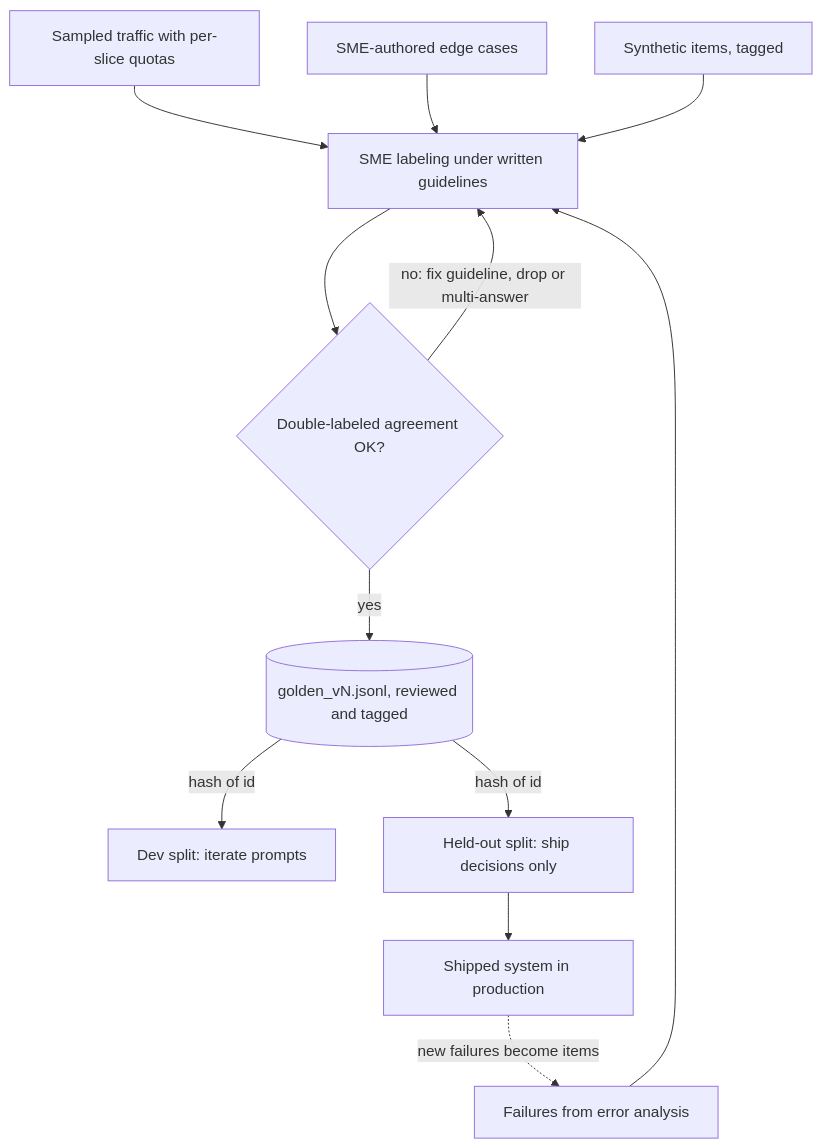
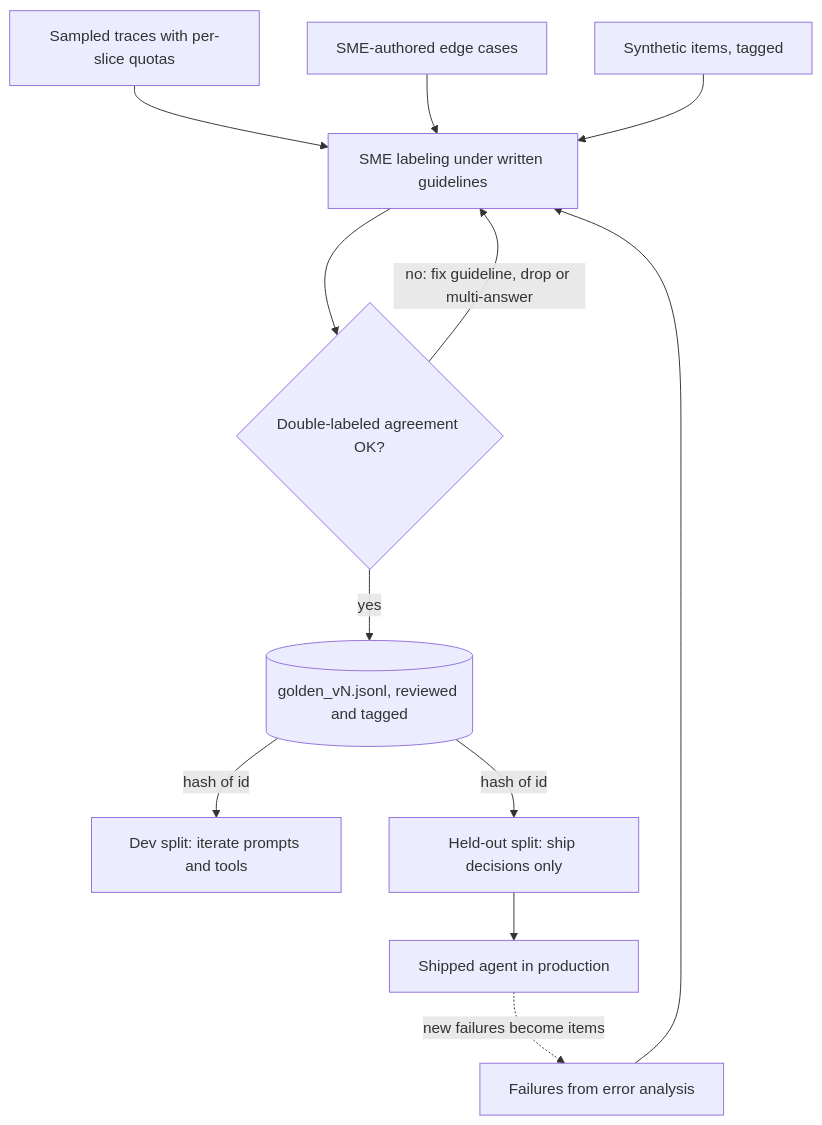
Before and after one commit to lovishmahajan97/agentic-learning: the diagram in content/evals/golden-dataset.md, drawn with Mermaid. The commit also changed other lines of this file and 266 other files, not shown here.

````diff
--- a/content/evals/golden-dataset.md
+++ b/content/evals/golden-dataset.md
@@ -130,14 +150,14 @@
 ```mermaid
 flowchart TD
-    L["Sampled traffic with per-slice quotas"] --> LB["SME labeling under written guidelines"]
+    L["Sampled traces with per-slice quotas"] --> LB["SME labeling under written guidelines"]
     E["Failures from error analysis"] --> LB
     X["SME-authored edge cases"] --> LB
     Y["Synthetic items, tagged"] --> LB
     LB --> AG{"Double-labeled agreement OK?"}
     AG -->|"no: fix guideline, drop or multi-answer"| LB
     AG -->|"yes"| V[("golden_vN.jsonl, reviewed and tagged")]
-    V -->|"hash of id"| DV["Dev split: iterate prompts"]
+    V -->|"hash of id"| DV["Dev split: iterate prompts and tools"]
     V -->|"hash of id"| HO["Held-out split: ship decisions only"]
-    HO --> P["Shipped system in production"]
+    HO --> P["Shipped agent in production"]
     P -.->|"new failures become items"| E
 ```
````
